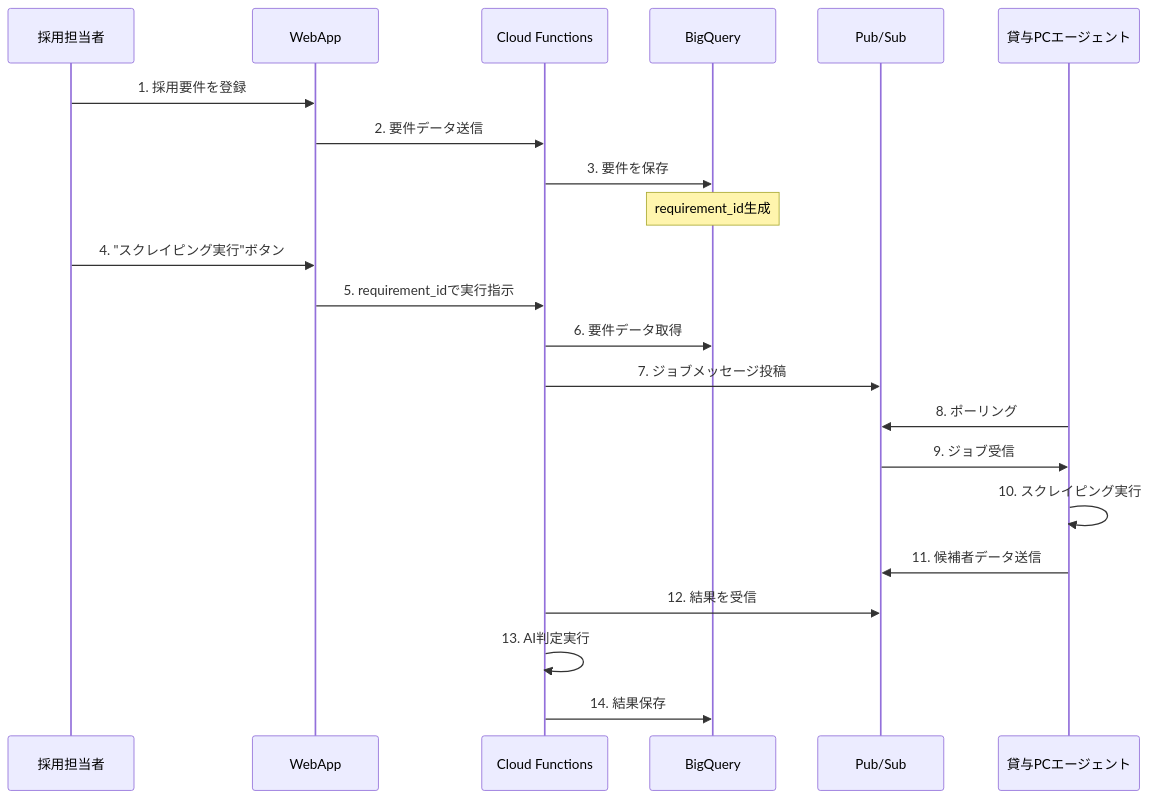
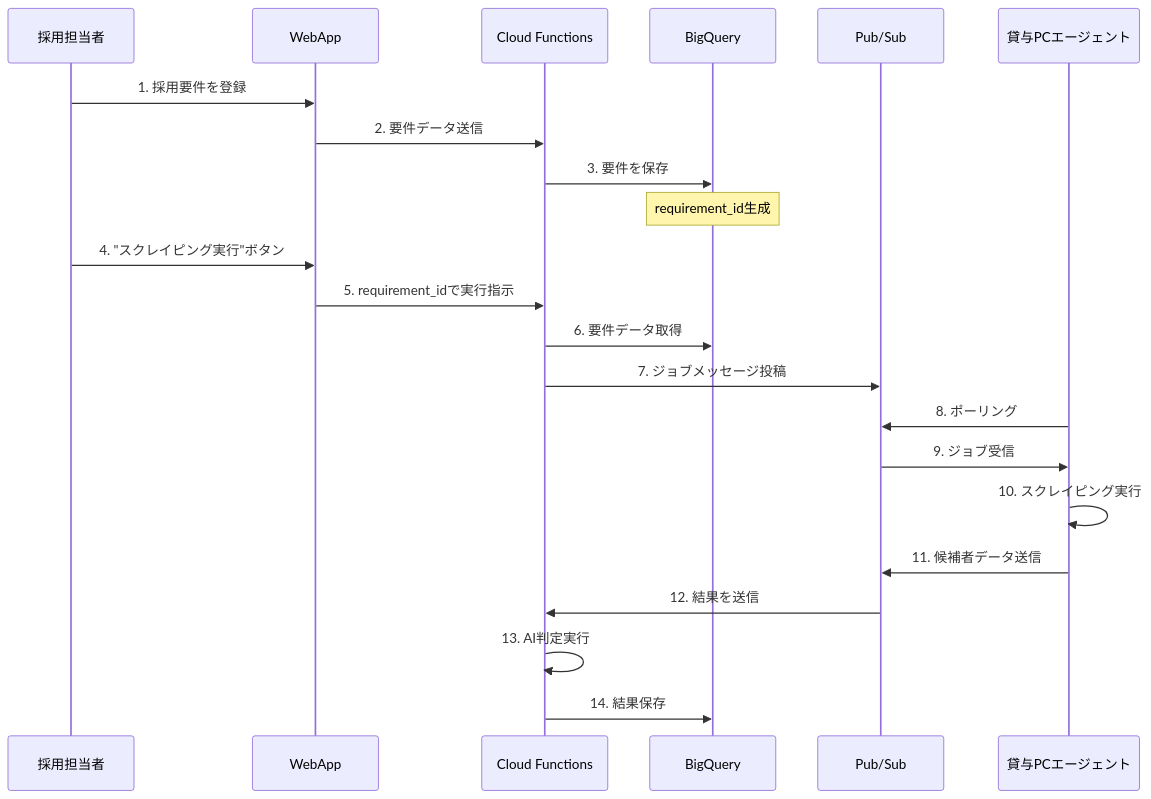
Before and after one commit to takeshita-0x0201/rpo-automation: the third of 3 diagrams in README.md, drawn with Mermaid. The commit also changed 39 other files, not shown here.

````diff
--- a/README.md
+++ b/README.md
@@ -145,28 +145,28 @@
 ```mermaid
 sequenceDiagram
     participant User as 採用担当者
     participant WebApp as WebApp
     participant CF as Cloud Functions
     participant BQ as BigQuery
     participant PS as Pub/Sub
     participant Agent as 貸与PCエージェント
     
     User->>WebApp: 1. 採用要件を登録
     WebApp->>CF: 2. 要件データ送信
     CF->>BQ: 3. 要件を保存
     Note over BQ: requirement_id生成
     
     User->>WebApp: 4. "スクレイピング実行"ボタン
     WebApp->>CF: 5. requirement_idで実行指示
     CF->>BQ: 6. 要件データ取得
     CF->>PS: 7. ジョブメッセージ投稿
     
     Agent->>PS: 8. ポーリング
     PS->>Agent: 9. ジョブ受信
     Agent->>Agent: 10. スクレイピング実行
     Agent->>PS: 11. 候補者データ送信
     
-    CF->>PS: 12. 結果を受信
+    PS->>CF: 12. 結果を送信
     CF->>CF: 13. AI判定実行
     CF->>BQ: 14. 結果保存
 ```
````
